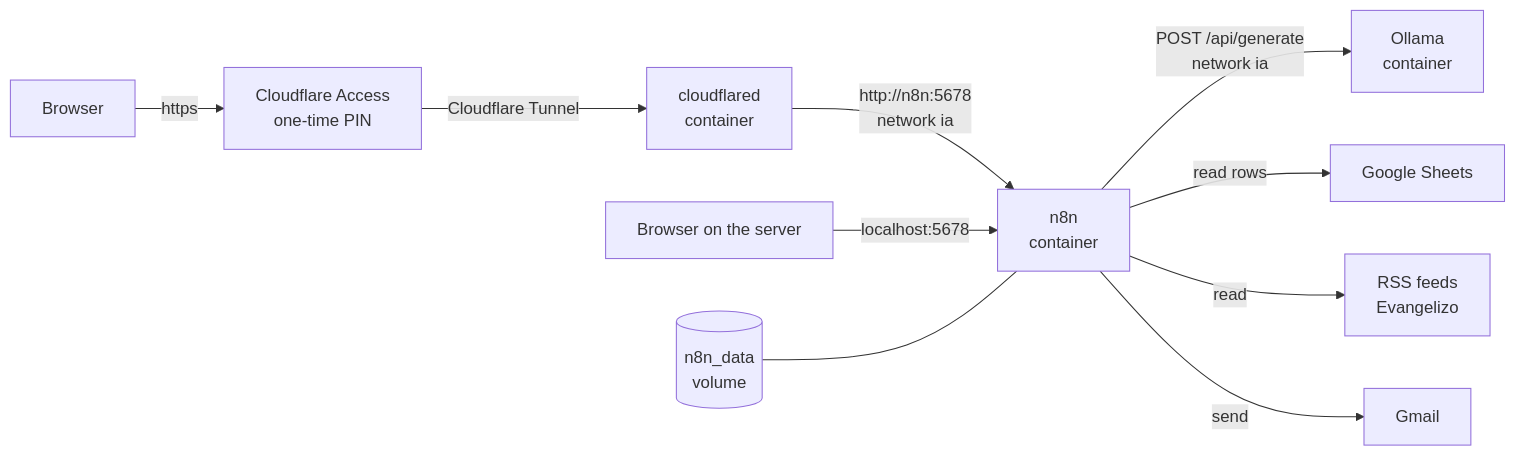
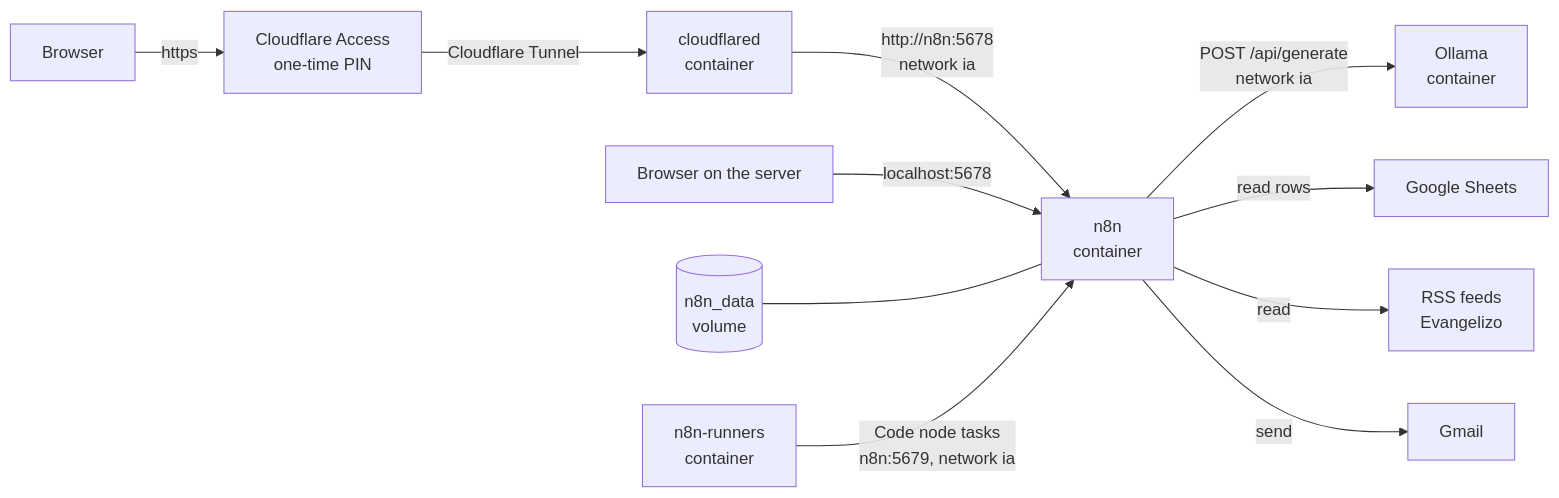
Before and after one commit to JuanMaVelezPa/lab-n8n: the diagram in README.md, drawn with Mermaid. The commit also changed other lines of this file and 6 other files, not shown here.

````diff
--- a/README.md
+++ b/README.md
@@ -20,12 +20,13 @@
 ```mermaid
 flowchart LR
     browser["Browser"] -->|"https"| access["Cloudflare Access<br>one-time PIN"]
     access -->|"Cloudflare Tunnel"| cfd["cloudflared<br>container"]
     cfd -->|"http://n8n:5678<br>network ia"| n8n["n8n<br>container"]
     local["Browser on the server"] -->|"localhost:5678"| n8n
     vol[("n8n_data<br>volume")] --- n8n
+    runners["n8n-runners<br>container"] -->|"Code node tasks<br>n8n:5679, network ia"| n8n
     n8n -->|"POST /api/generate<br>network ia"| ollama["Ollama<br>container"]
     n8n -->|"read rows"| sheets["Google Sheets"]
     n8n -->|"read"| sources["RSS feeds<br>Evangelizo"]
     n8n -->|"send"| gmail["Gmail"]
 ```
````
